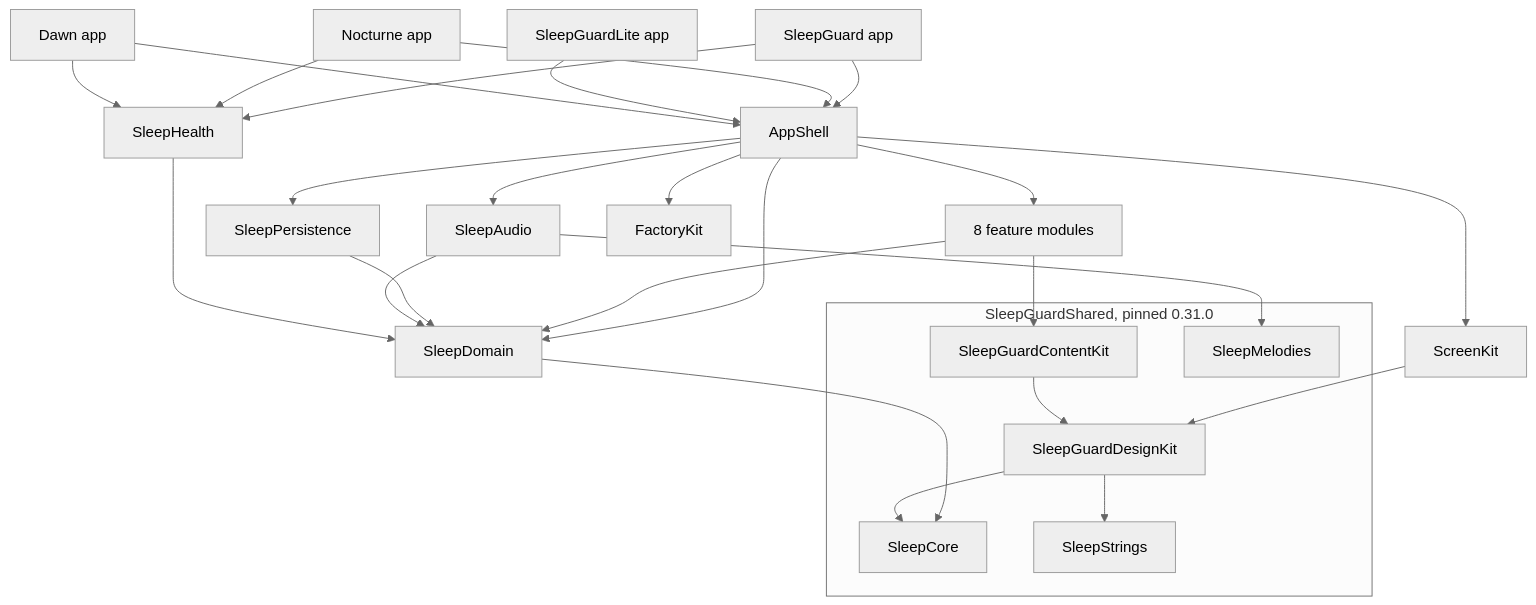
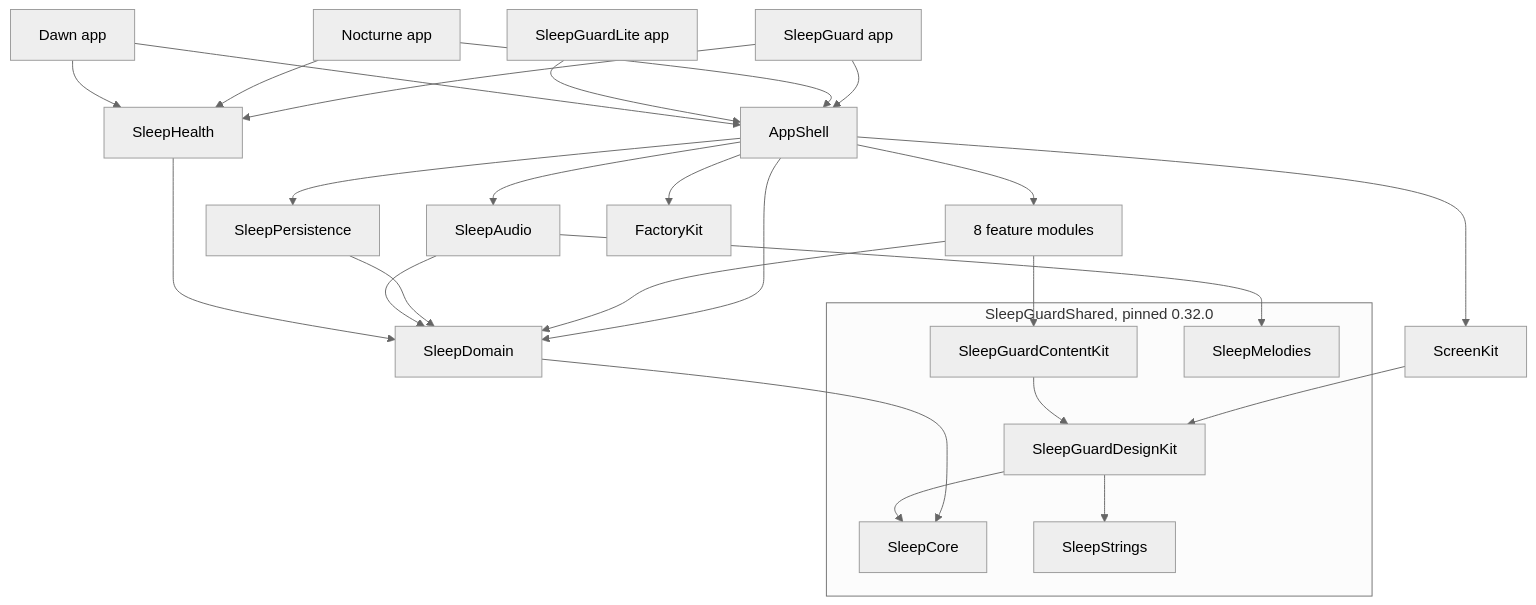
The diagram in docs/ARCHITECTURE.md (dardan0x/SleepGuardUIKitWay), drawn with Mermaid (neutral theme) before and after one commit. The commit also changed other lines of this file and 23 other files, not shown here.

````diff
--- a/docs/ARCHITECTURE.md
+++ b/docs/ARCHITECTURE.md
@@ -20,37 +20,37 @@
 ```mermaid
 graph TD
   SG[SleepGuard app] --> AppShell
   NO[Nocturne app] --> AppShell
   LI[SleepGuardLite app] --> AppShell
   DA[Dawn app] --> AppShell
   SG --> SleepHealth
   NO --> SleepHealth
   DA --> SleepHealth
 
   AppShell --> Features[8 feature modules]
   AppShell --> ScreenKit
   AppShell --> SleepPersistence
   AppShell --> SleepAudio
   AppShell --> SleepDomain
   AppShell --> FactoryKit
 
   Features --> SleepDomain
   Features --> ContentKit[SleepGuardContentKit]
   SleepPersistence --> SleepDomain
   SleepAudio --> SleepDomain
   SleepAudio --> SleepMelodies
   SleepHealth --> SleepDomain
   ScreenKit --> DesignKit[SleepGuardDesignKit]
   SleepDomain --> SleepCore
   ContentKit --> DesignKit
   DesignKit --> SleepStrings
   DesignKit --> SleepCore
 
-  subgraph Shared["SleepGuardShared, pinned 0.31.0"]
+  subgraph Shared["SleepGuardShared, pinned 0.32.0"]
     SleepCore
     SleepStrings
     SleepMelodies
     DesignKit
     ContentKit
   end
 ```
````
